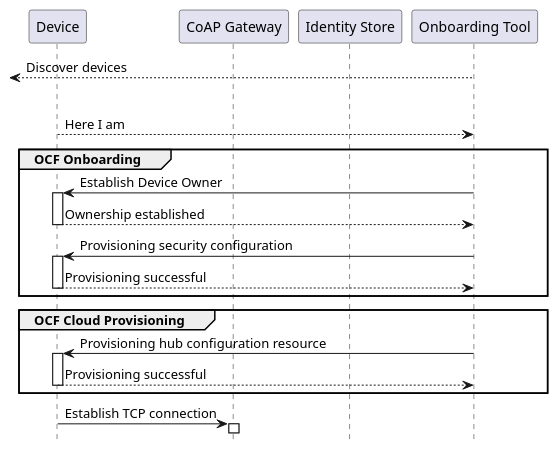
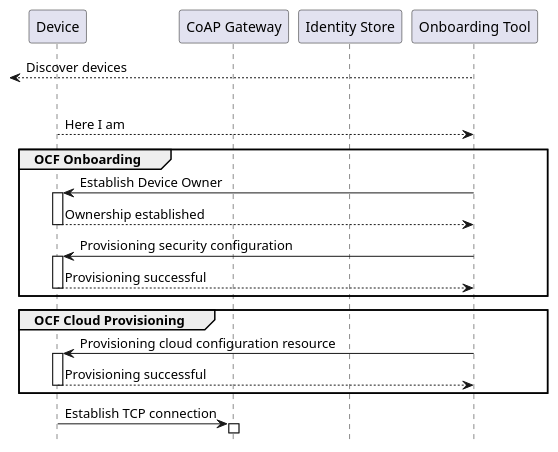
Before and after one commit to plgd-dev/doc: the first of 7 diagrams in content/en/architecture/component-overview.md, drawn with PlantUML. The commit also changed other lines of this file and 4 other files, not shown here.

```diff
--- a/content/en/architecture/component-overview.md
+++ b/content/en/architecture/component-overview.md
@@ -35,26 +35,26 @@
 {{< plantuml id="device-onboarding" >}}
 @startuml Sequence
 skinparam backgroundColor transparent
 hide footbox
 
 participant D as "Device"
 participant CGW as "CoAP Gateway"
 participant IS as "Identity Store"
 participant OBT as "Onboarding Tool"
 
 OBT -->[: Discover devices
 |||
 D --> OBT: Here I am
 group OCF Onboarding
     OBT -> D ++: Establish Device Owner
     return Ownership established
     OBT -> D ++: Provisioning security configuration
     return Provisioning successful
 end
 group OCF Cloud Provisioning
-    OBT -> D ++: Provisioning hub configuration resource
+    OBT -> D ++: Provisioning cloud configuration resource
     return Provisioning successful
 end
 D -> CGW ++: Establish TCP connection
 @enduml
 {{< /plantuml >}}
```
